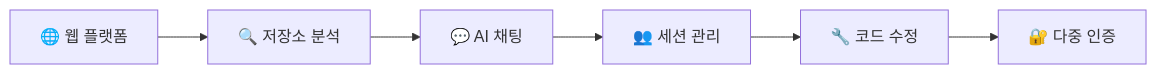
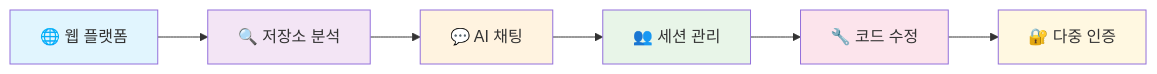
Before and after one commit to nmmm9/3rd_project: the diagram in Output/프로젝트_요구사항_정의서.md, drawn with Mermaid. The commit also changed other lines of this file, not shown here.

````diff
--- a/Output/프로젝트_요구사항_정의서.md
+++ b/Output/프로젝트_요구사항_정의서.md
@@ -61,8 +66,15 @@
 ```mermaid
 graph LR
     A[🌐 웹 플랫폼] --> B[🔍 저장소 분석]
     B --> C[💬 AI 채팅]
     C --> D[👥 세션 관리]
     D --> E[🔧 코드 수정]
     E --> F[🔐 다중 인증]
+    
+    style A fill:#e1f5fe
+    style B fill:#f3e5f5
+    style C fill:#fff3e0
+    style D fill:#e8f5e8
+    style E fill:#fce4ec
+    style F fill:#fff8e1
 ```
````
